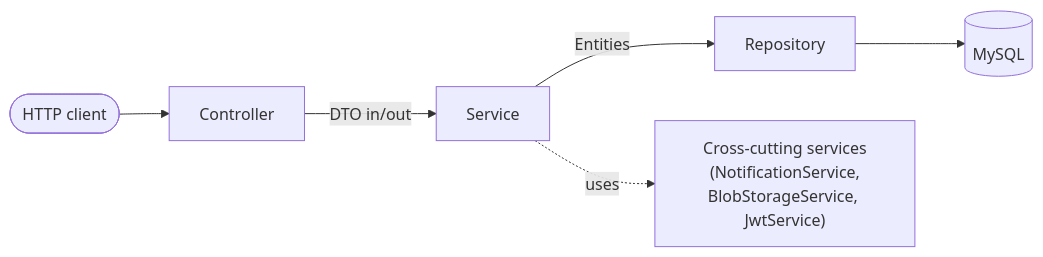
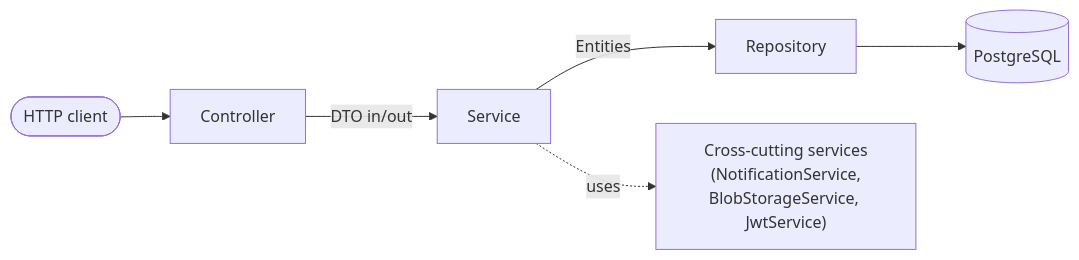
The second of 7 diagrams in ARCHITECTURE.md (kanchamvamshikrishna/SocialMedia), drawn with Mermaid before and after one commit. The commit also changed other lines of this file and 3 other files, not shown here.

First line of the commit message:
Migrate database from MySQL to PostgreSQL

````diff
--- a/ARCHITECTURE.md
+++ b/ARCHITECTURE.md
@@ -63,8 +63,8 @@
 ```mermaid
 flowchart LR
     Client(["HTTP client"]) --> Controller
     Controller -->|"DTO in/out"| Service
     Service -->|"Entities"| Repository
-    Repository --> DB[("MySQL")]
+    Repository --> DB[("PostgreSQL")]
     Service -.uses.-> Cross["Cross-cutting services<br/>(NotificationService,<br/>BlobStorageService, JwtService)"]
 ```
````
